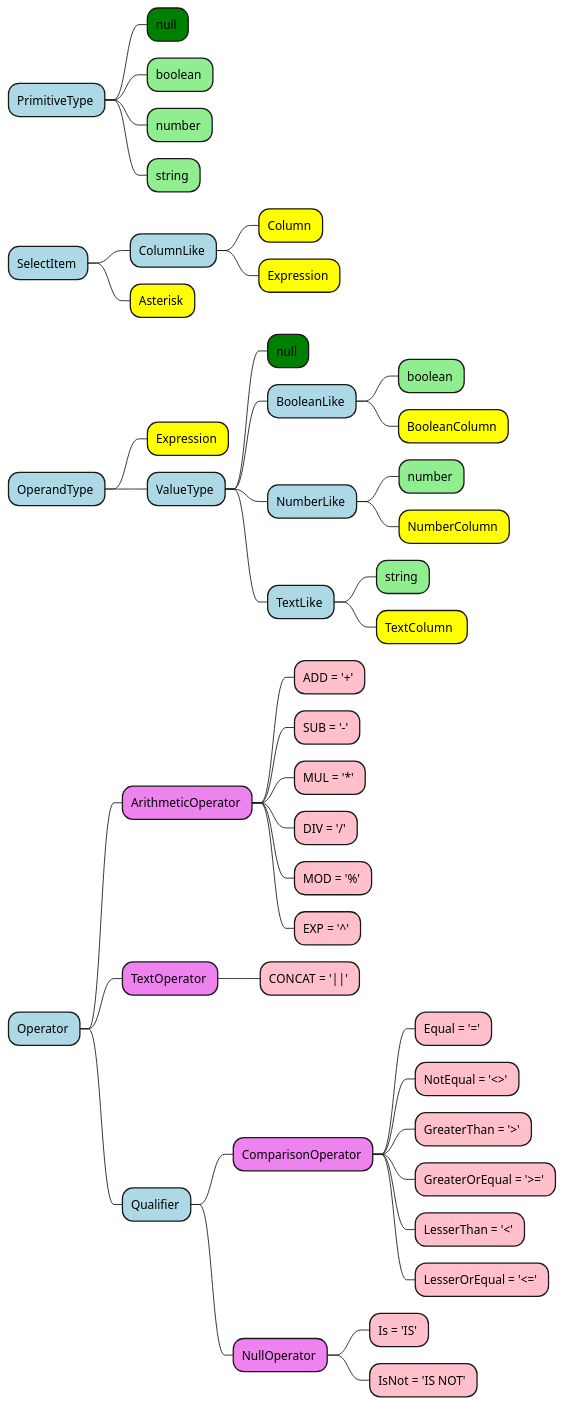
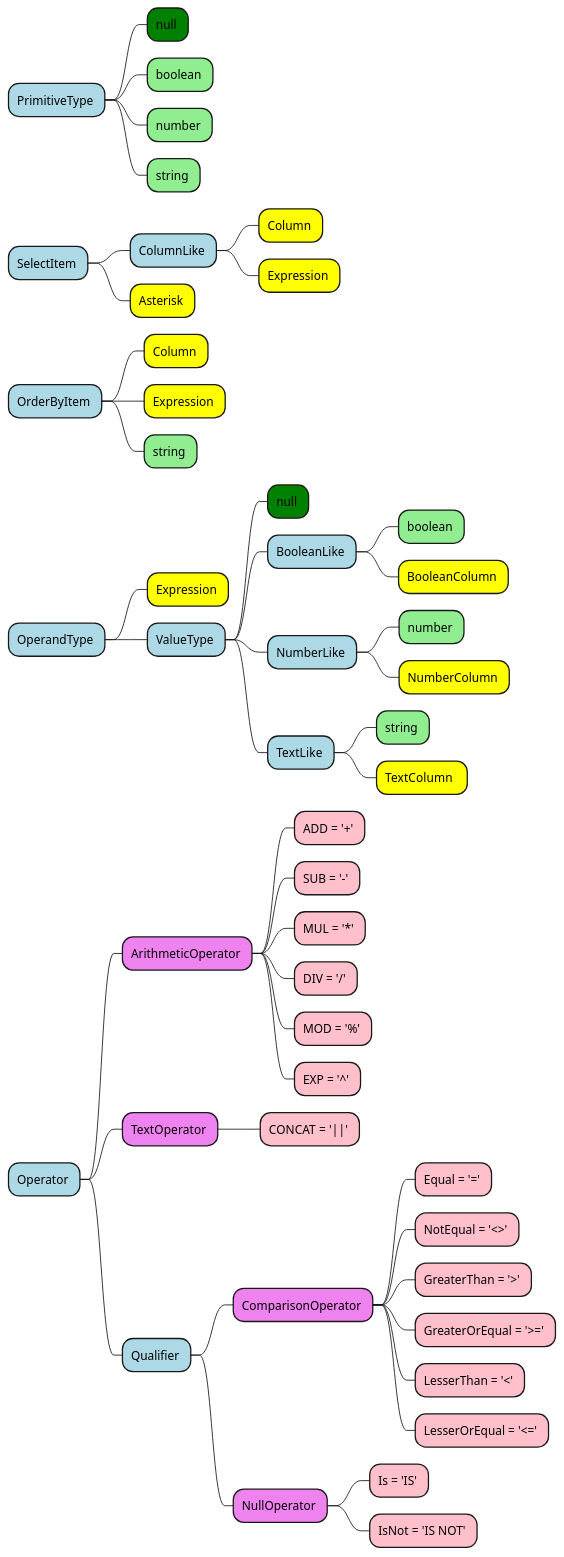
One commit to amerharb/sedk changed the diagram in doc/Types.puml. Above: the diagram before and after it, drawn with PlantUML. The commit also changed 20 other files, not shown here.

```diff
--- a/doc/Types.puml
+++ b/doc/Types.puml
@@ -1,74 +1,79 @@
 @startmindmap
 
 <style>
 mindmapDiagram {
   .primitive {
     BackgroundColor lightgreen
   }
   .type {
     BackgroundColor #lightblue
   }
   .class {
     BackgroundColor #yellow
   }
   .null {
     BackgroundColor #green
   }
   .enum {
     BackgroundColor #violet
   }
   .enumItem {
     BackgroundColor #pink
   }
 }
 </style>
 
 * PrimitiveType <<type>>
 ** null <<null>>
 ** boolean <<primitive>>
 ** number <<primitive>>
 ** string <<primitive>>
 
 * SelectItem <<type>>
 ** ColumnLike <<type>>
 *** Column <<class>>
 *** Expression <<class>>
 ** Asterisk <<class>>
+
+* OrderByItem <<type>>
+** Column <<class>>
+** Expression <<class>>
+** string <<primitive>>
 
 * OperandType <<type>>
 ** Expression <<class>>
 ** ValueType <<type>>
 *** null <<null>>
 *** BooleanLike <<type>>
 **** boolean <<primitive>>
 **** BooleanColumn <<class>>
 *** NumberLike <<type>>
 **** number <<primitive>>
 **** NumberColumn <<class>>
 *** TextLike <<type>>
 **** string <<primitive>>
 **** TextColumn  <<class>>
 
 * Operator <<type>>
 ** ArithmeticOperator <<enum>>
 *** ADD = '+' <<enumItem>>
 *** SUB = '-' <<enumItem>>
 *** MUL = '*' <<enumItem>>
 *** DIV = '/' <<enumItem>>
 *** MOD = '%' <<enumItem>>
 *** EXP = '^' <<enumItem>>
 ** TextOperator <<enum>>
 *** CONCAT = '||' <<enumItem>>
 ** Qualifier <<type>>
 *** ComparisonOperator <<enum>>
 **** Equal = '=' <<enumItem>>
 **** NotEqual = '<>' <<enumItem>>
 **** GreaterThan = '>' <<enumItem>>
 **** GreaterOrEqual = '>=' <<enumItem>>
 **** LesserThan = '<' <<enumItem>>
 **** LesserOrEqual = '<=' <<enumItem>>
 *** NullOperator <<enum>>
 **** Is = 'IS' <<enumItem>>
 **** IsNot = 'IS NOT' <<enumItem>>
 
 @endmindmap
```
